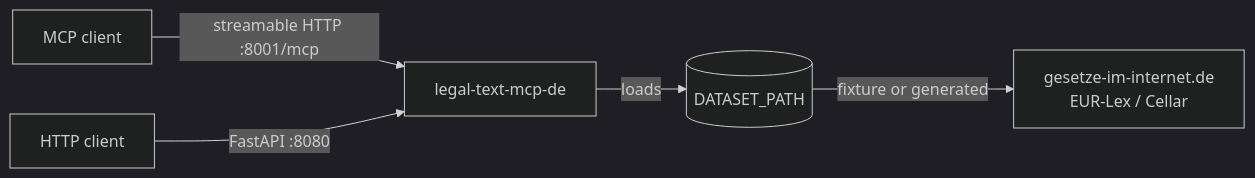
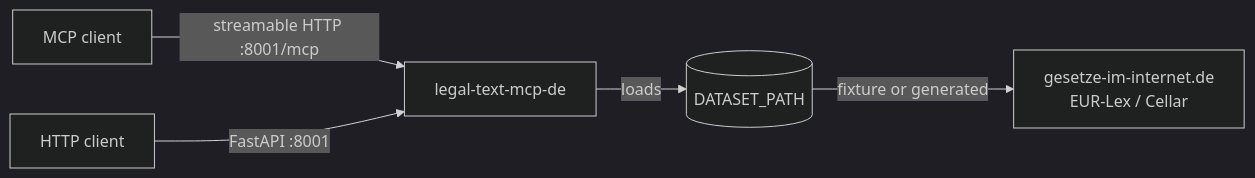
Before and after one commit to klein-business/legal-text-mcp-de: the diagram in docs/index.md, drawn with Mermaid (dark theme). The commit also changed 13 other files, not shown here.

````diff
--- a/docs/index.md
+++ b/docs/index.md
@@ -55,8 +55,8 @@
 ```mermaid
 flowchart LR
   Client[MCP client] -->|streamable HTTP :8001/mcp| Server
-  Client2[HTTP client] -->|FastAPI :8080| Server
+  Client2[HTTP client] -->|FastAPI :8001| Server
   Server[legal-text-mcp-de] -->|loads| Dataset
   Dataset[(DATASET_PATH)] -->|fixture or generated| Sources
   Sources[gesetze-im-internet.de<br/>EUR-Lex / Cellar]
 ```
````
